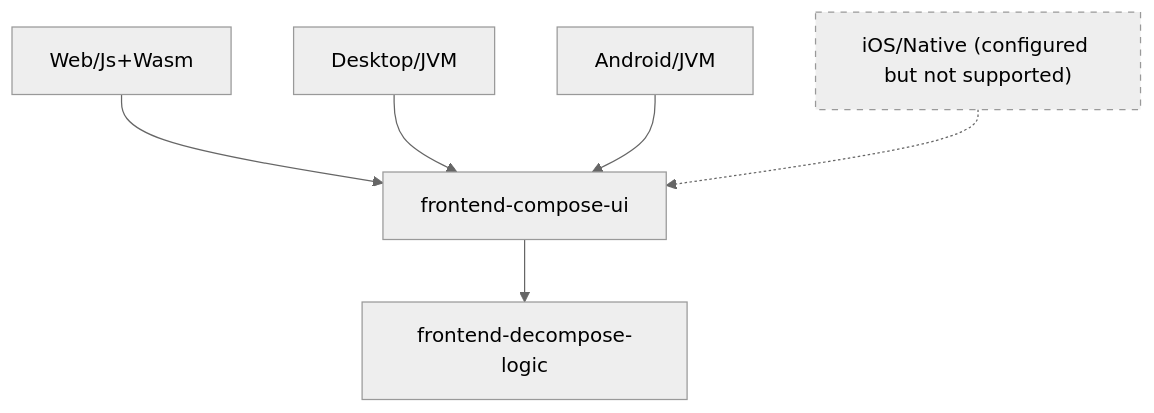
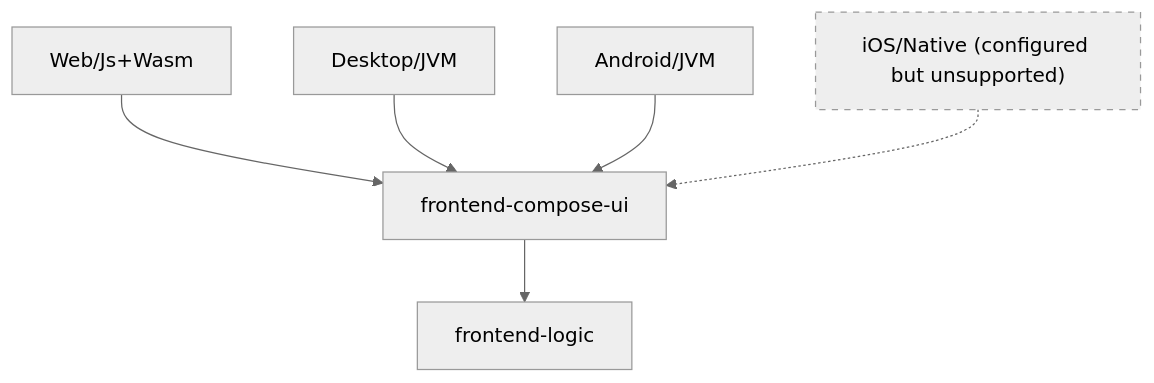
Before and after one commit to CXwudi/realworld-cmp-decompose-mvikotlin-app: the diagram in common-doc/frontend/README.md, drawn with Mermaid (neutral theme). The commit also changed other lines of this file and 188 other files, not shown here.

First line of the commit message:
♻️ refactor(frontend): remove Decompose and finalize native navigation

````diff
--- a/common-doc/frontend/README.md
+++ b/common-doc/frontend/README.md
@@ -19,21 +19,21 @@
 ```mermaid
 flowchart TD
     web["Web/Js+Wasm"]
     desktop["Desktop/JVM"]
     android["Android/JVM"]
-    ios["iOS/Native (configured but not supported)"]
+    ios["iOS/Native (configured but unsupported)"]
     
     ui["frontend-compose-ui"]
-    logic["frontend-decompose-logic"]
+    logic["frontend-logic"]
     
     web --> ui
     desktop --> ui
     android --> ui
     ios -.-> ui
     
     ui --> logic
     
-    %% iOS style to indicate not fully supported
+    %% iOS style to indicate unsupported
     classDef iosStyle stroke-dasharray: 5 5;
     ios:::iosStyle
 ```
````
